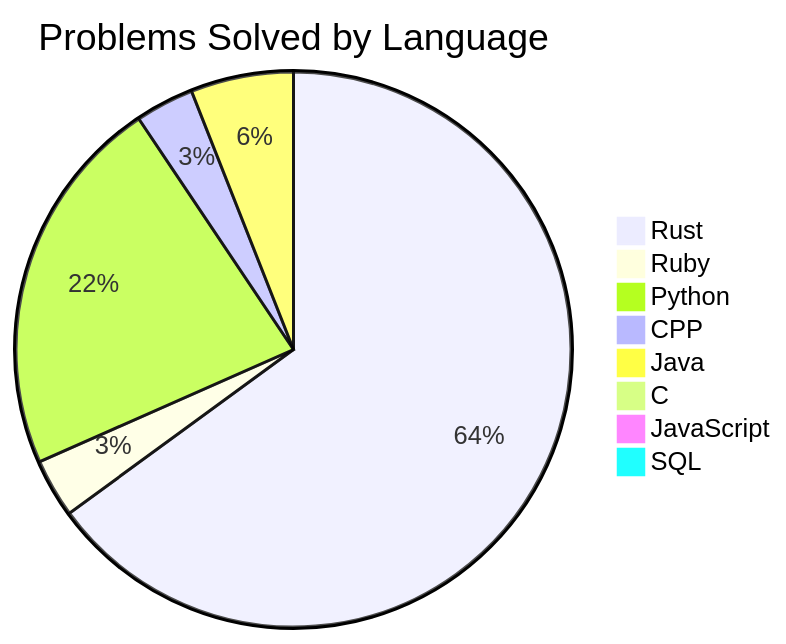
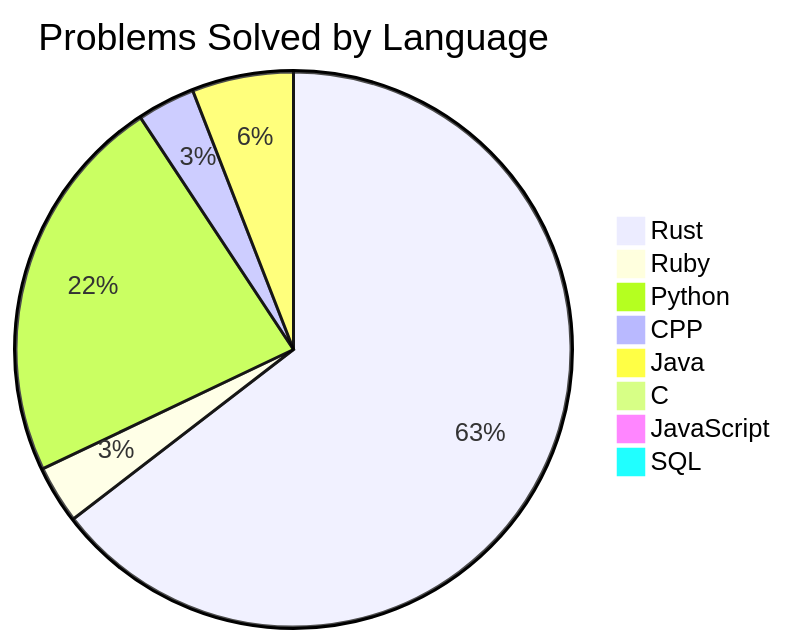
One commit to Liam-Wirth/leetcode-solutions changed the second of 2 diagrams in README.md. Above: the diagram before and after it, drawn with Mermaid. The commit also changed other lines of this file and 7 other files, not shown here.

````diff
--- a/README.md
+++ b/README.md
@@ -47,11 +47,11 @@
 ```mermaid
 pie title Problems Solved by Language
-    "Rust": 152
+    "Rust": 153
     "Ruby": 8
-    "Python": 52
+    "Python": 54
     "CPP": 8
     "Java": 14
     "C": 1
     "JavaScript": 2
     "SQL": 2
 ```
````
